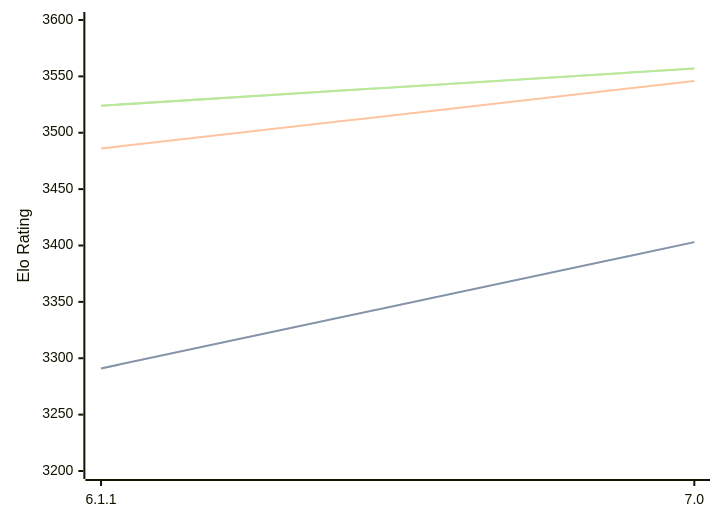
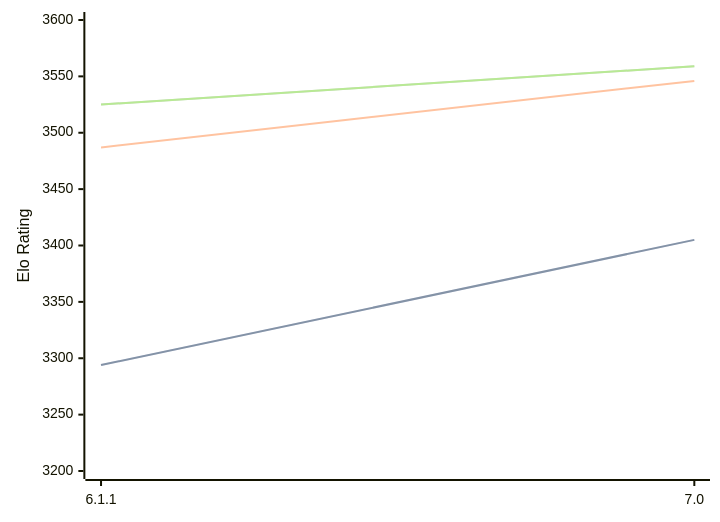
The diagram in engines/Astra.md (computer-chess-index/cci), drawn with Mermaid before and after one commit. The commit also changed other lines of this file, not shown here.

Commit message:
Update CCI Ratings (ELO VLTC) - 2026-10-09

````diff
--- a/engines/Astra.md
+++ b/engines/Astra.md
@@ -32,11 +32,11 @@
 ```mermaid
 %%{init: {"theme":"base","themeVariables":{"seriesColors:['#a3a3a3','#222221','#faa371']}}}%%
 xychart-beta
   x-axis ["6.1.1", "7.0"]
   y-axis "Elo Rating" 3200 --> 3600
-  line "" [3291, 3403]
-  line "STC (8.0+0.08s)" [3291, 3403]
-  line "LTC (60.0+0.60s)" [3486, 3546]
-  line "" [3524, 3557]
-  line "VLTC (2m24s+1.12s)" [3524, 3557]
+  line "" [3294, 3405]
+  line "STC (8.0+0.08s)" [3294, 3405]
+  line "LTC (60.0+0.60s)" [3487, 3546]
+  line "" [3525, 3559]
+  line "VLTC (2m24s+1.12s)" [3525, 3559]
 ```
````
